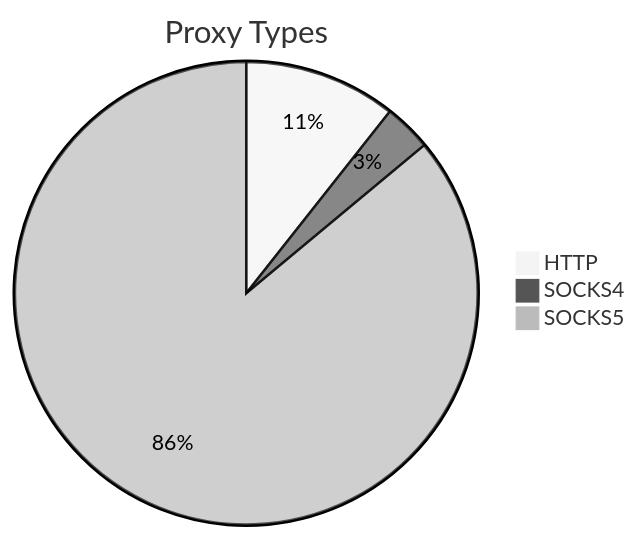
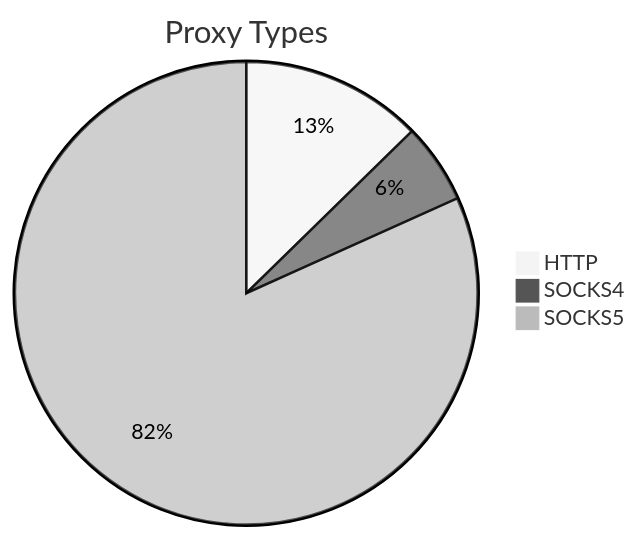
Before and after one commit to stormsia/proxy-list: the first of 2 diagrams in README.md, drawn with Mermaid (neutral theme). The commit also changed other lines of this file, not shown here.

````diff
--- a/README.md
+++ b/README.md
@@ -21,6 +21,6 @@
 ```mermaid
 pie title Proxy Types
-    "HTTP" : 106
-    "SOCKS4" : 33
-    "SOCKS5" : 857
+    "HTTP" : 136
+    "SOCKS4" : 60
+    "SOCKS5" : 877
 ```
````
